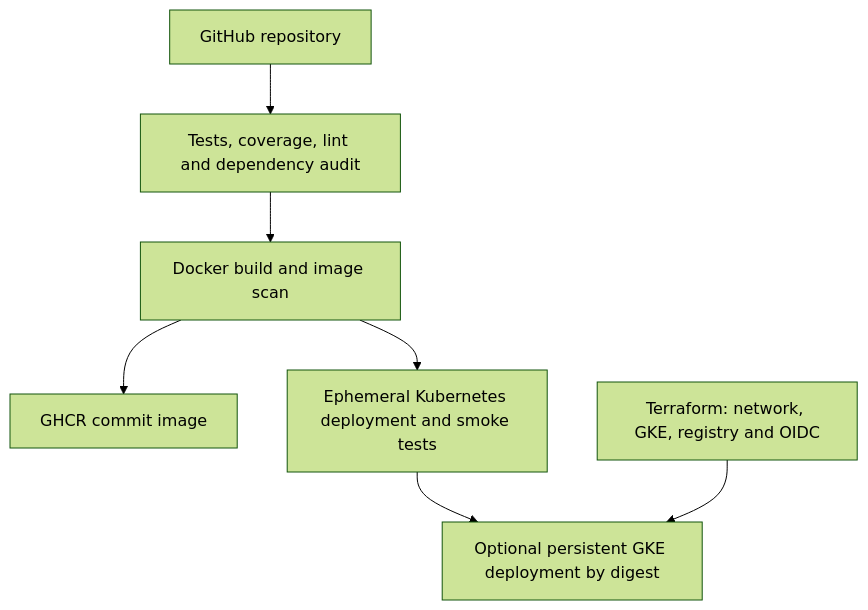
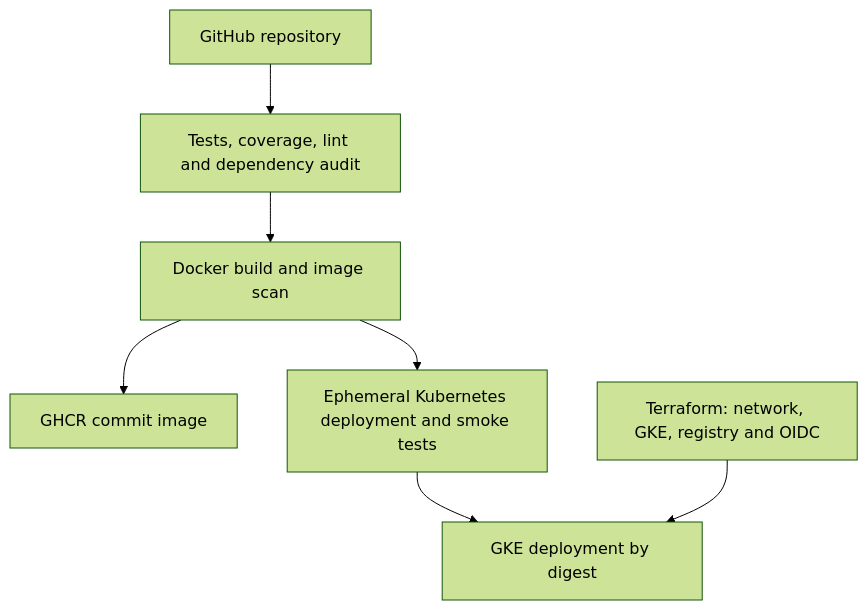
One commit to AldemaroCruz/devsu-devops changed the first of 2 diagrams in README.md. Above: the diagram before and after it, drawn with Mermaid (forest theme). The commit also changed other lines of this file, not shown here.

````diff
--- a/README.md
+++ b/README.md
@@ -10,9 +9,9 @@
 ```mermaid
 flowchart TD
     Source[GitHub repository] --> Quality[Tests, coverage, lint and dependency audit]
     Quality --> Build[Docker build and image scan]
     Build --> Registry[GHCR commit image]
     Build --> Kind[Ephemeral Kubernetes deployment and smoke tests]
-    Kind --> GKE[Optional persistent GKE deployment by digest]
+    Kind --> GKE[GKE deployment by digest]
     Terraform[Terraform: network, GKE, registry and OIDC] --> GKE
 ```
````
